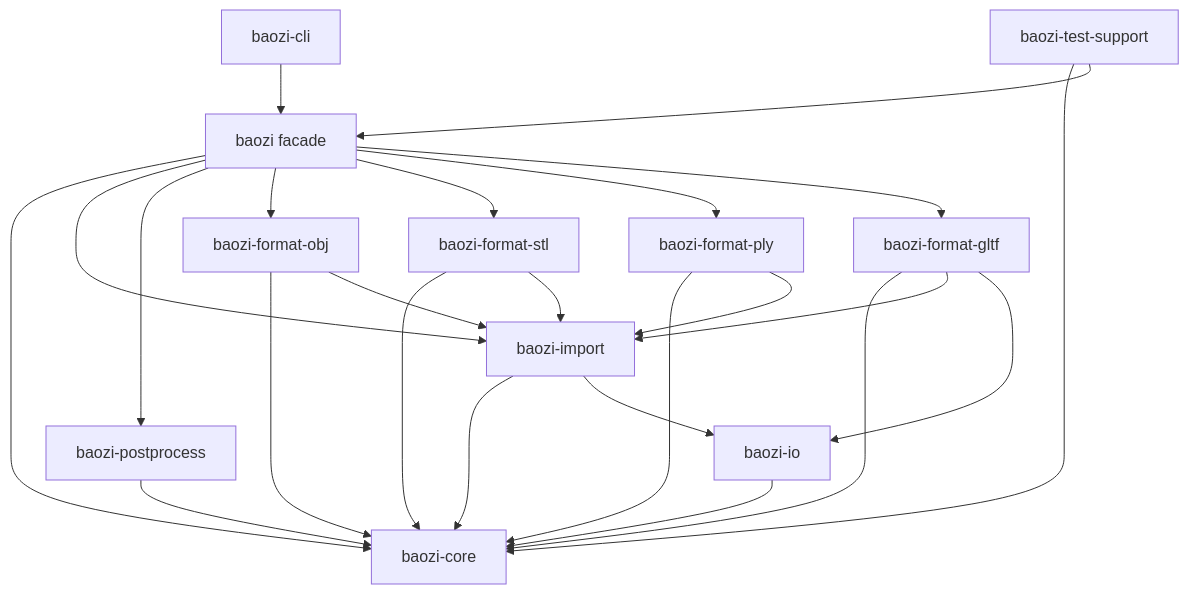
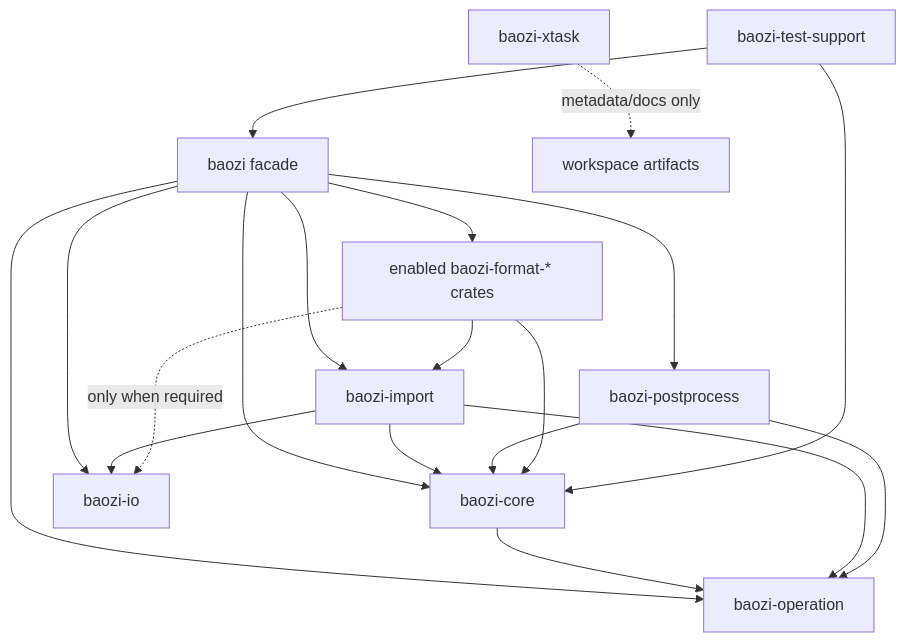
Before and after one commit to Latias94/baozi: the diagram in docs/adr/0007-workspace-crate-graph-feature-flags-msrv-and-ci-gates.md, drawn with Mermaid. The commit also changed other lines of this file and 86 other files, not shown here.

First line of the commit message:
feat(architecture): establish canonical contract authority

````diff
--- a/docs/adr/0007-workspace-crate-graph-feature-flags-msrv-and-ci-gates.md
+++ b/docs/adr/0007-workspace-crate-graph-feature-flags-msrv-and-ci-gates.md
@@ -51,29 +55,21 @@
 ```mermaid
 flowchart TD
     Facade[baozi facade] --> Core[baozi-core]
+    Facade --> IO[baozi-io]
     Facade --> Import[baozi-import]
+    Facade --> Operation[baozi-operation]
     Facade --> Post[baozi-postprocess]
-    Facade --> Obj[baozi-format-obj]
-    Facade --> Stl[baozi-format-stl]
-    Facade --> Ply[baozi-format-ply]
-    Facade --> Gltf[baozi-format-gltf]
-
+    Facade --> Formats[enabled baozi-format-* crates]
+    Core --> Operation
     Import --> Core
-    Import --> Io[baozi-io]
+    Import --> IO
+    Import --> Operation
     Post --> Core
-    Io --> Core
-
-    Obj --> Core
-    Obj --> Import
-    Stl --> Core
-    Stl --> Import
-    Ply --> Core
-    Ply --> Import
-    Gltf --> Core
-    Gltf --> Import
-    Gltf --> Io
-
-    Cli[baozi-cli] --> Facade
-    Test[baozi-test-support] --> Core
-    Test --> Facade
+    Post --> Operation
+    Formats --> Core
+    Formats --> Import
+    Formats -. only when required .-> IO
+    Xtask[baozi-xtask] -. metadata/docs only .-> Workspace[workspace artifacts]
+    Test[baozi-test-support] --> Facade
+    Test --> Core
 ```
````
